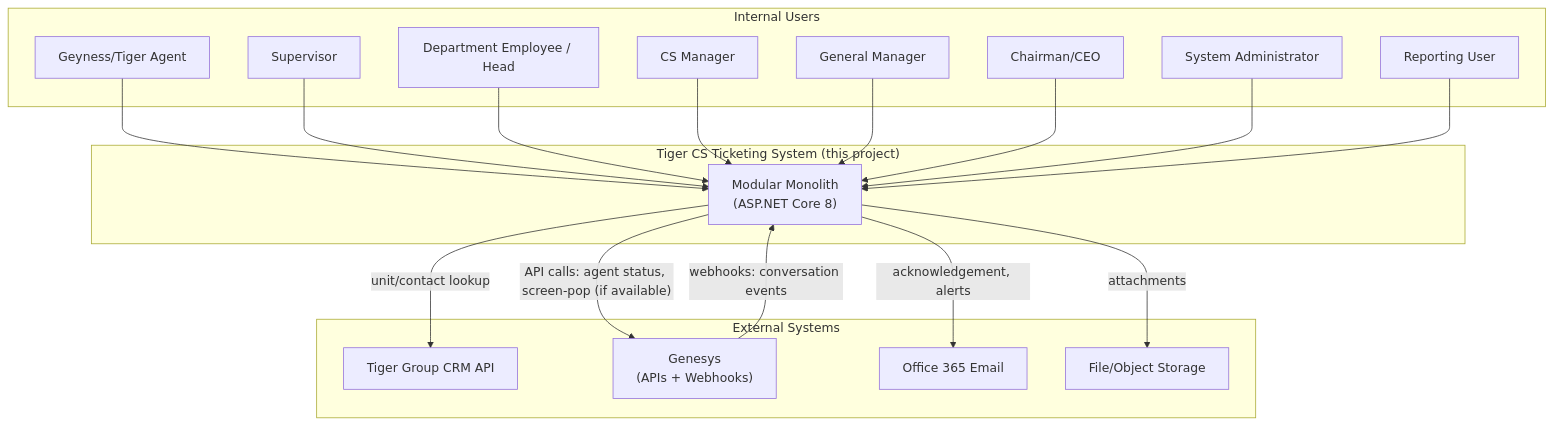
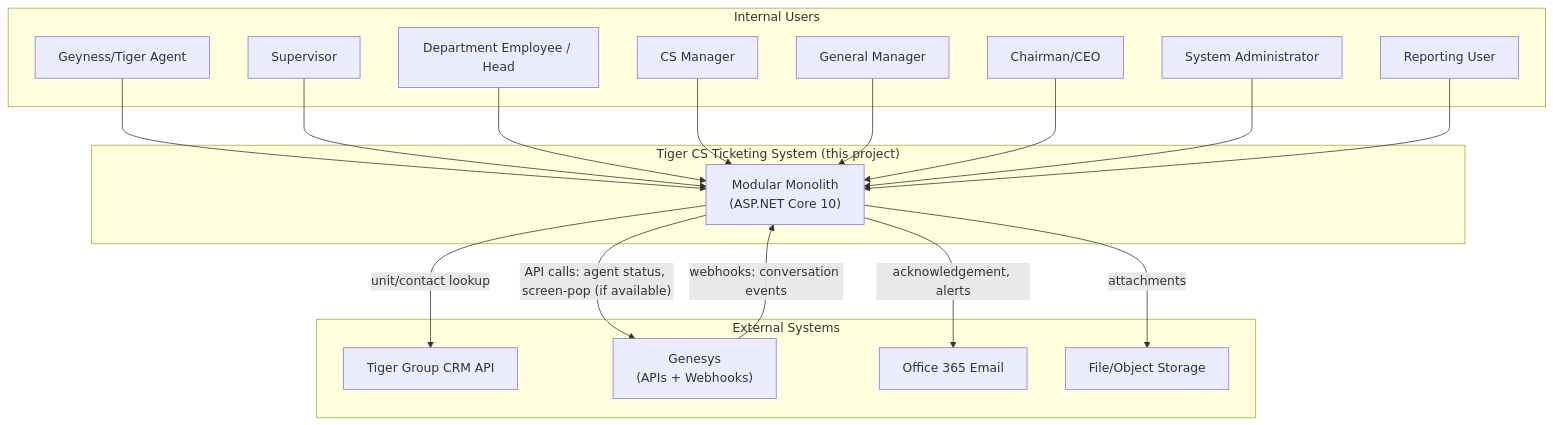
The first of 5 diagrams in docs/architecture/System-Architecture.md (nidaabasem/Tiger-CS-Ticketing), drawn with Mermaid before and after one commit. The commit also changed 5 other files, not shown here.

````diff
--- a/docs/architecture/System-Architecture.md
+++ b/docs/architecture/System-Architecture.md
@@ -15,39 +15,39 @@
 ```mermaid
 graph TB
     subgraph Users["Internal Users"]
         Agent["Geyness/Tiger Agent"]
         Supervisor["Supervisor"]
         DeptStaff["Department Employee / Head"]
         CSMgr["CS Manager"]
         GM["General Manager"]
         Chairman["Chairman/CEO"]
         SysAdmin["System Administrator"]
         RptUser["Reporting User"]
     end
 
     subgraph System["Tiger CS Ticketing System (this project)"]
-        App["Modular Monolith<br/>(ASP.NET Core 8)"]
+        App["Modular Monolith<br/>(ASP.NET Core 10)"]
     end
 
     subgraph External["External Systems"]
         CRM["Tiger Group CRM API"]
         Genesys["Genesys<br/>(APIs + Webhooks)"]
         Email["Office 365 Email"]
         Storage["File/Object Storage"]
     end
 
     Agent --> App
     Supervisor --> App
     DeptStaff --> App
     CSMgr --> App
     GM --> App
     Chairman --> App
     SysAdmin --> App
     RptUser --> App
 
     App -->|"unit/contact lookup"| CRM
     Genesys -->|"webhooks: conversation events"| App
     App -->|"API calls: agent status, screen-pop (if available)"| Genesys
     App -->|"acknowledgement, alerts"| Email
     App -->|"attachments"| Storage
 ```
````
